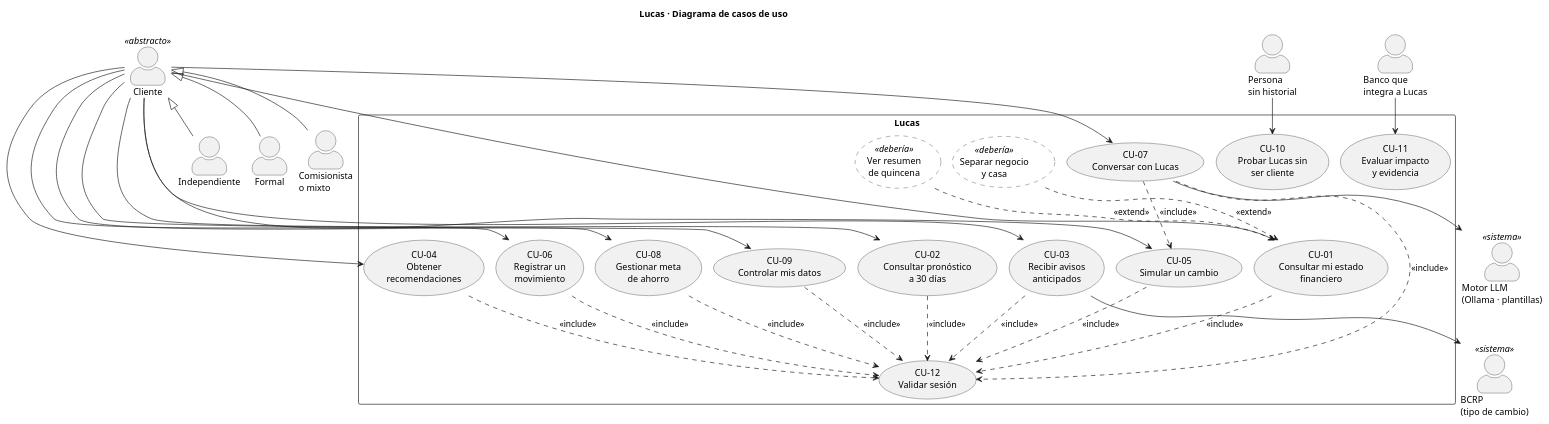
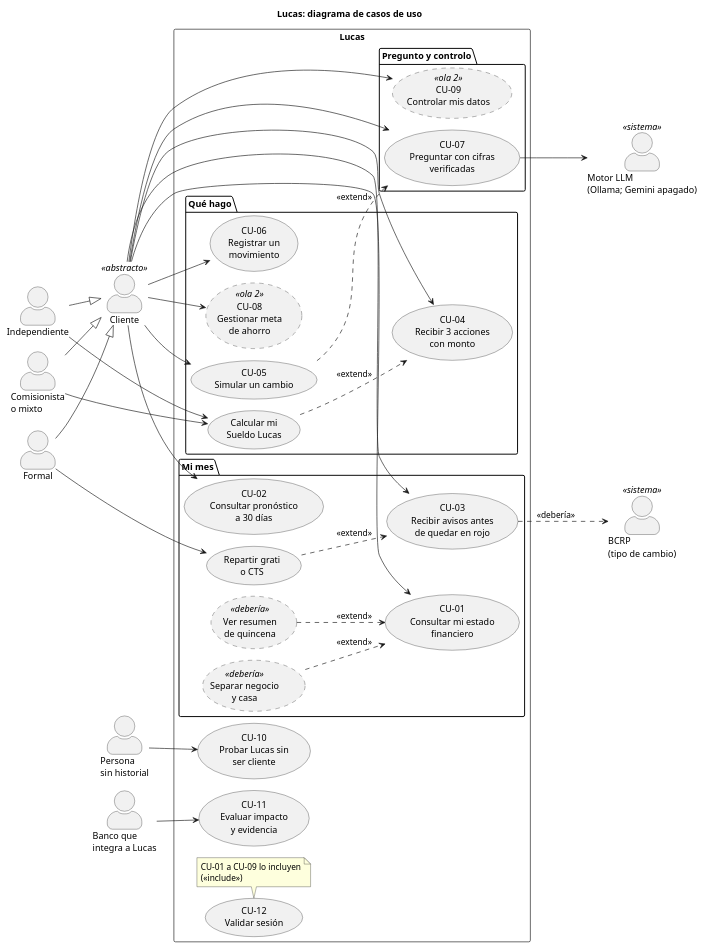
One commit to Nakusuo/Hackathon-BBVA-2026 changed the diagram in docs/diagramas/casos-uso.puml. Above: the diagram before and after it, drawn with PlantUML. The commit also changed 4 other files, not shown here.

Commit message:
docs(arq): correcciones de los jueces a los casos de uso

```diff
--- a/docs/diagramas/casos-uso.puml
+++ b/docs/diagramas/casos-uso.puml
@@ -2,72 +2,76 @@
 @startuml casos-uso
 !pragma layout smetana
+left to right direction
 skinparam actorStyle awesome
 skinparam usecase {
-  BackgroundColor<<debería>> #FFFFFF
   BorderStyle<<debería>> dashed
+  BorderStyle<<ola 2>> dashed
 }
 
-title Lucas · Diagrama de casos de uso
+title Lucas: diagrama de casos de uso
 
 actor "Cliente" as Cliente <<abstracto>>
 actor "Independiente" as Independiente
 actor "Formal" as Formal
 actor "Comisionista\no mixto" as Mixto
 actor "Persona\nsin historial" as Prospecto
 actor "Banco que\nintegra a Lucas" as Banco
 
-Cliente <|-- Independiente
-Cliente <|-- Formal
-Cliente <|-- Mixto
-
-actor "Motor LLM\n(Ollama · plantillas)" as LLM <<sistema>>
-actor "BCRP\n(tipo de cambio)" as BCRP <<sistema>>
+Independiente --|> Cliente
+Formal --|> Cliente
+Mixto --|> Cliente
 
 rectangle "Lucas" {
-  usecase "CU-01\nConsultar mi estado\nfinanciero" as CU01
-  usecase "CU-02\nConsultar pronóstico\na 30 días" as CU02
-  usecase "CU-03\nRecibir avisos\nanticipados" as CU03
-  usecase "CU-04\nObtener\nrecomendaciones" as CU04
-  usecase "CU-05\nSimular un cambio" as CU05
-  usecase "CU-06\nRegistrar un\nmovimiento" as CU06
-  usecase "CU-07\nConversar con Lucas" as CU07
-  usecase "CU-08\nGestionar meta\nde ahorro" as CU08
-  usecase "CU-09\nControlar mis datos" as CU09
+  package "Mi mes" {
+    usecase "CU-01\nConsultar mi estado\nfinanciero" as CU01
+    usecase "CU-02\nConsultar pronóstico\na 30 días" as CU02
+    usecase "CU-03\nRecibir avisos antes\nde quedar en rojo" as CU03
+    usecase "Repartir grati\no CTS" as EXT05
+    usecase "Ver resumen\nde quincena" as EXT22 <<debería>>
+    usecase "Separar negocio\ny casa" as EXT25 <<debería>>
+  }
+  package "Qué hago" {
+    usecase "CU-04\nRecibir 3 acciones\ncon monto" as CU04
+    usecase "Calcular mi\nSueldo Lucas" as EXT07
+    usecase "CU-05\nSimular un cambio" as CU05
+    usecase "CU-06\nRegistrar un\nmovimiento" as CU06
+    usecase "CU-08\nGestionar meta\nde ahorro" as CU08 <<ola 2>>
+  }
+  package "Pregunto y controlo" {
+    usecase "CU-07\nPreguntar con cifras\nverificadas" as CU07
+    usecase "CU-09\nControlar mis datos" as CU09 <<ola 2>>
+  }
   usecase "CU-10\nProbar Lucas sin\nser cliente" as CU10
   usecase "CU-11\nEvaluar impacto\ny evidencia" as CU11
   usecase "CU-12\nValidar sesión" as CU12
+  note bottom of CU12 : CU-01 a CU-09 lo incluyen\n(<<include>>)
+}
 
-  usecase "Ver resumen\nde quincena" as EXT22 <<debería>>
-  usecase "Separar negocio\ny casa" as EXT25 <<debería>>
-}
+actor "Motor LLM\n(Ollama; Gemini apagado)" as LLM <<sistema>>
+actor "BCRP\n(tipo de cambio)" as BCRP <<sistema>>
 
 Cliente --> CU01
 Cliente --> CU02
 Cliente --> CU03
 Cliente --> CU04
 Cliente --> CU05
 Cliente --> CU06
 Cliente --> CU07
 Cliente --> CU08
 Cliente --> CU09
+Formal --> EXT05
+Independiente --> EXT07
+Mixto --> EXT07
 Prospecto --> CU10
 Banco --> CU11
 
 CU07 --> LLM
-CU03 --> BCRP
+CU03 ..> BCRP : <<debería>>
 
-CU01 ..> CU12 : <<include>>
-CU02 ..> CU12 : <<include>>
-CU03 ..> CU12 : <<include>>
-CU04 ..> CU12 : <<include>>
-CU05 ..> CU12 : <<include>>
-CU06 ..> CU12 : <<include>>
-CU07 ..> CU12 : <<include>>
-CU08 ..> CU12 : <<include>>
-CU09 ..> CU12 : <<include>>
-CU07 ..> CU05 : <<include>>
-
+EXT05 ..> CU03 : <<extend>>
+EXT07 ..> CU04 : <<extend>>
+CU05 ..> CU07 : <<extend>>
 EXT22 ..> CU01 : <<extend>>
 EXT25 ..> CU01 : <<extend>>
 
 @enduml
```
